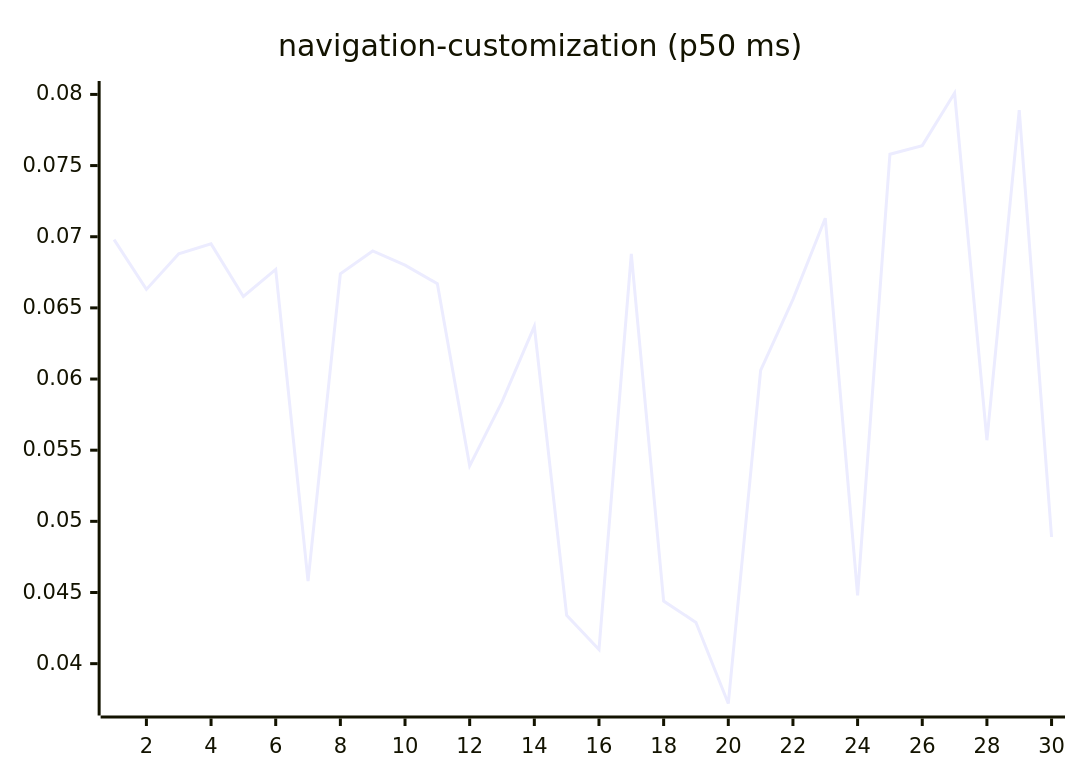
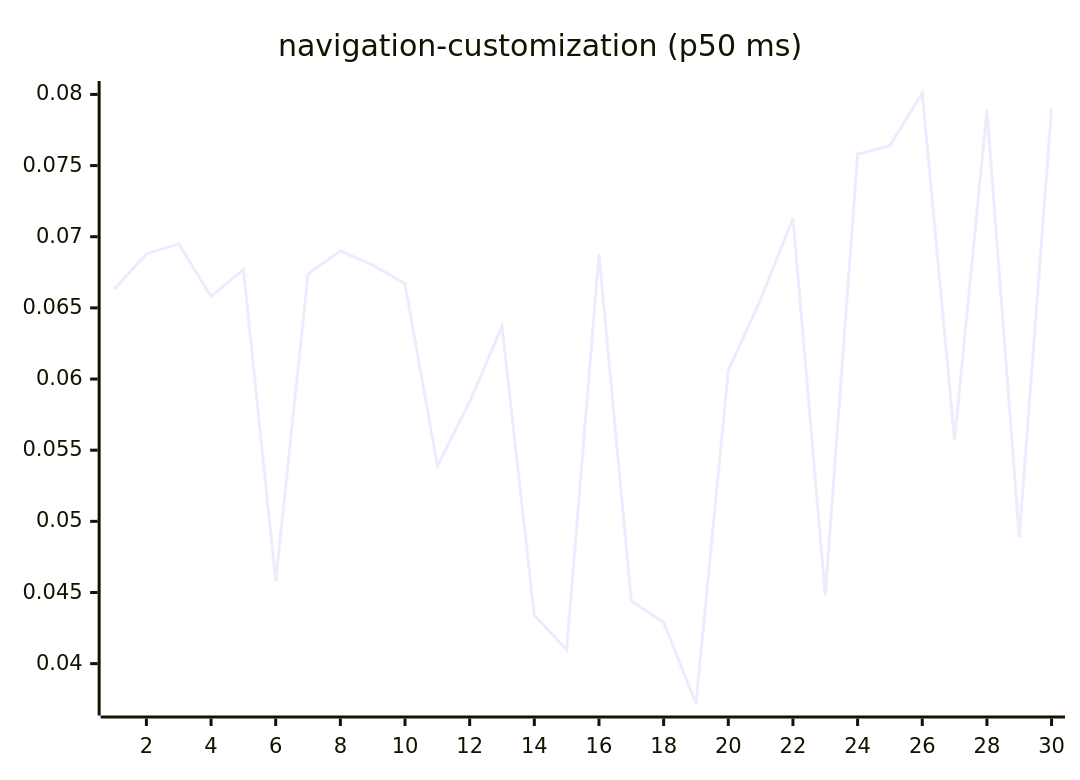
One commit to josha/Facet changed diagram 15 of 27 in README.md. Above: the diagram before and after it, drawn with Mermaid. The commit also changed other lines of this file and 2 other files, not shown here.

````diff
--- a/README.md
+++ b/README.md
@@ -161,6 +161,6 @@
 ```mermaid
 xychart-beta
     title "navigation-customization (p50 ms)"
     x-axis 1 --> 30
-    line [0.0698, 0.0663, 0.0688, 0.0695, 0.0658, 0.0677, 0.0458, 0.0674, 0.0690, 0.0680, 0.0667, 0.0539, 0.0584, 0.0637, 0.0434, 0.0410, 0.0688, 0.0444, 0.0429, 0.0372, 0.0606, 0.0656, 0.0713, 0.0448, 0.0758, 0.0764, 0.0801, 0.0557, 0.0789, 0.0489]
+    line [0.0663, 0.0688, 0.0695, 0.0658, 0.0677, 0.0458, 0.0674, 0.0690, 0.0680, 0.0667, 0.0539, 0.0584, 0.0637, 0.0434, 0.0410, 0.0688, 0.0444, 0.0429, 0.0372, 0.0606, 0.0656, 0.0713, 0.0448, 0.0758, 0.0764, 0.0801, 0.0557, 0.0789, 0.0489, 0.0790]
 ```
````
